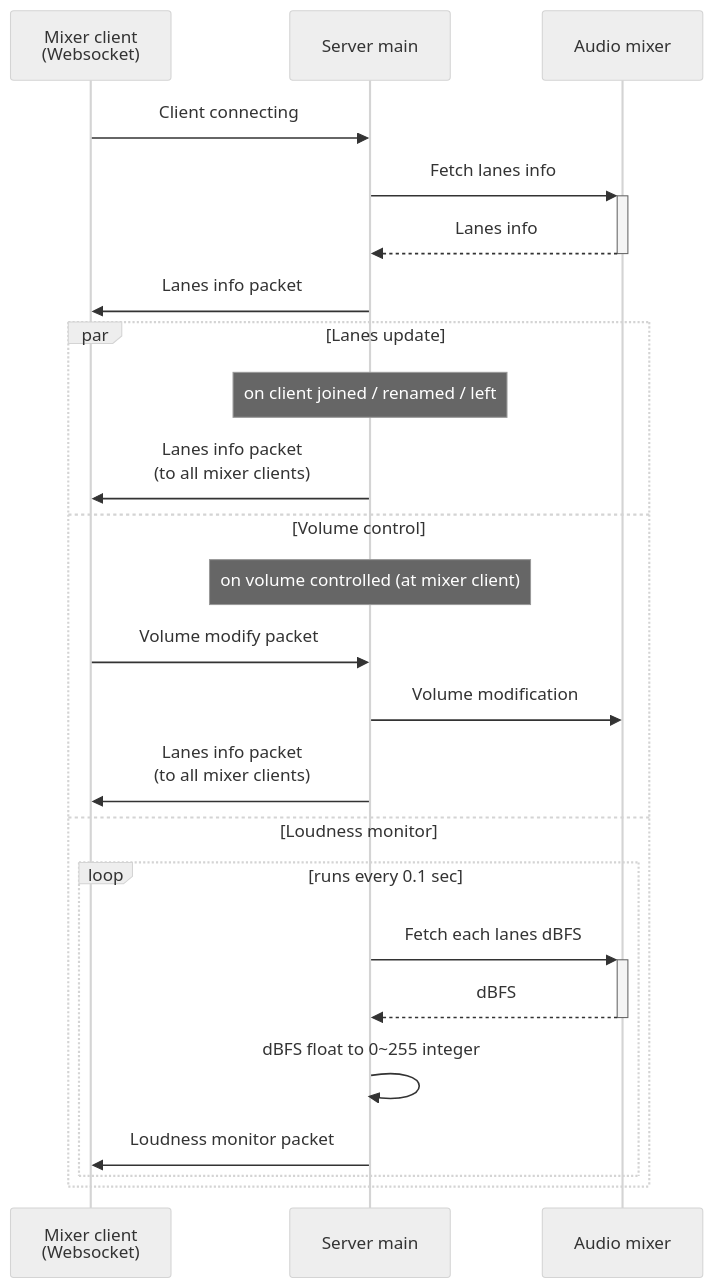
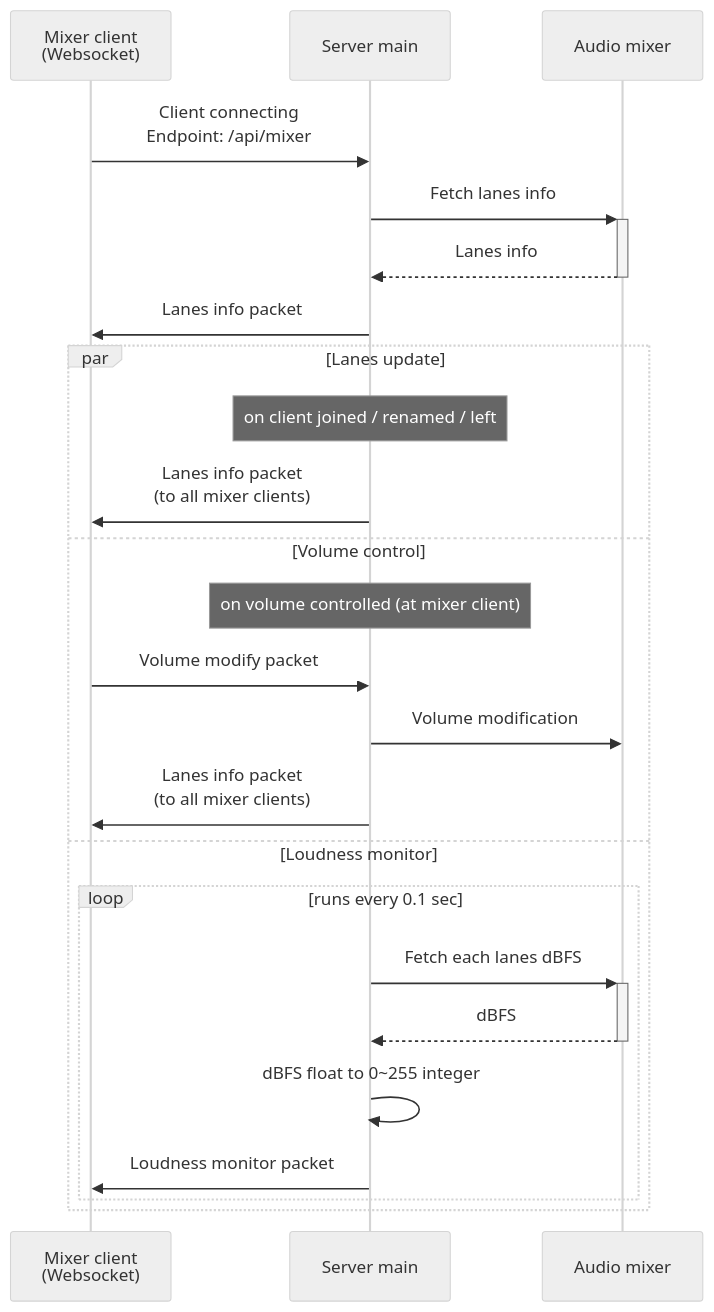
The second of 2 diagrams in designs/server-sequence.md (aKuad/web-intercom), drawn with Mermaid (neutral theme) before and after one commit. The commit also changed other lines of this file and 2 other files, not shown here.

Commit message:
Add: API endpoints defined & documentation added

````diff
--- a/designs/server-sequence.md
+++ b/designs/server-sequence.md
@@ -24,28 +24,28 @@
 ```mermaid
 sequenceDiagram
   participant WSM as Mixer client<br>(Websocket)
   participant S as Server main
   participant AM as Audio mixer
 
-  WSM->>S: Client connecting
+  WSM->>S: Client connecting<br>Endpoint: /api/mixer
   S->>+AM: Fetch lanes info
   AM-->>-S: Lanes info
   S->>WSM: Lanes info packet
 
   par Lanes update
     Note over S: on client joined / renamed / left
     S->>WSM: Lanes info packet<br>(to all mixer clients)
   and Volume control
     Note over S: on volume controlled (at mixer client)
     WSM->>S: Volume modify packet
     S->>AM: Volume modification
     S->>WSM: Lanes info packet<br>(to all mixer clients)
   and Loudness monitor
     loop runs every 0.1 sec
       S->>+AM: Fetch each lanes dBFS
       AM-->>-S: dBFS
       S->>S: dBFS float to 0~255 integer
       S->>WSM: Loudness monitor packet
     end
   end
 ```
````
